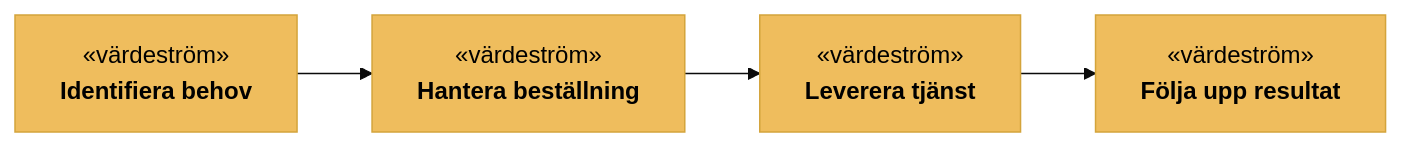
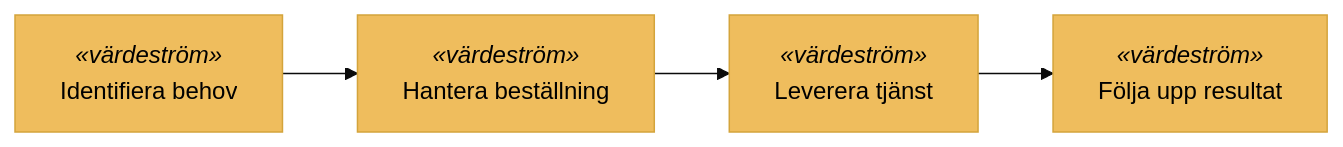
The sixth of 12 diagrams in skills/archimate-4-mermaid/SKILL.md (yllemo/runewiki), drawn with Mermaid before and after one commit. The commit also changed other lines of this file and 3 other files, not shown here.

Commit message:
Add chat Mermaid viewer and ArchiMate command; name exports after wiki

````diff
--- a/skills/archimate-4-mermaid/SKILL.md
+++ b/skills/archimate-4-mermaid/SKILL.md
@@ -260,10 +291,10 @@
 ```mermaid
 %%{init: {"theme": "base", "securityLevel": "loose", "flowchart": {"htmlLabels": true}} }%%
 flowchart LR
-    V1["«värdeström»<br/><b>Identifiera behov</b>"]:::strategy -->
-    V2["«värdeström»<br/><b>Hantera beställning</b>"]:::strategy -->
-    V3["«värdeström»<br/><b>Leverera tjänst</b>"]:::strategy -->
-    V4["«värdeström»<br/><b>Följa upp resultat</b>"]:::strategy
+    V1["<span style='color:#555555;font-size:0.75em;font-style:italic;'>«värdeström»</span><br/>Identifiera behov"]:::strategy -->
+    V2["<span style='color:#555555;font-size:0.75em;font-style:italic;'>«värdeström»</span><br/>Hantera beställning"]:::strategy -->
+    V3["<span style='color:#555555;font-size:0.75em;font-style:italic;'>«värdeström»</span><br/>Leverera tjänst"]:::strategy -->
+    V4["<span style='color:#555555;font-size:0.75em;font-style:italic;'>«värdeström»</span><br/>Följa upp resultat"]:::strategy
 
-    classDef strategy fill:#EFBD5D,stroke:#D4A43B,stroke-width:1px,color:#000;
+    classDef strategy fill:#EFBD5D,stroke:#D4A43B,stroke-width:1px,color:#000000;
 ```
````
